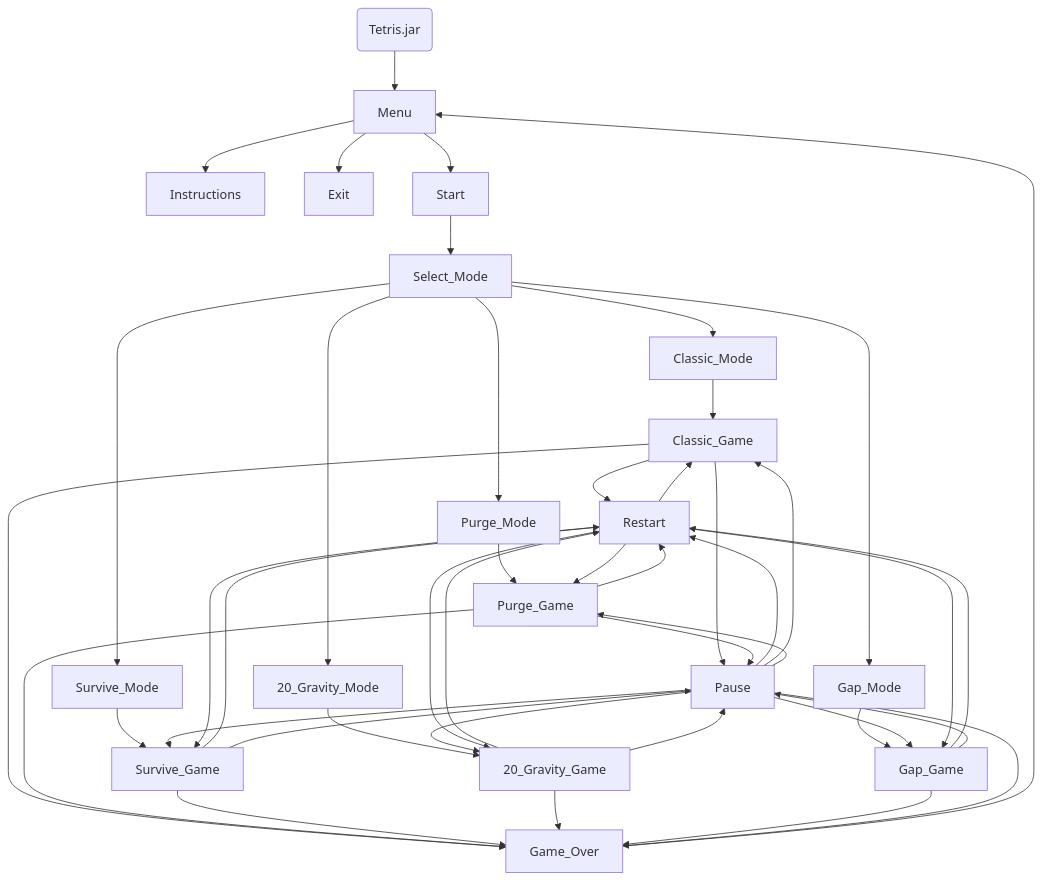
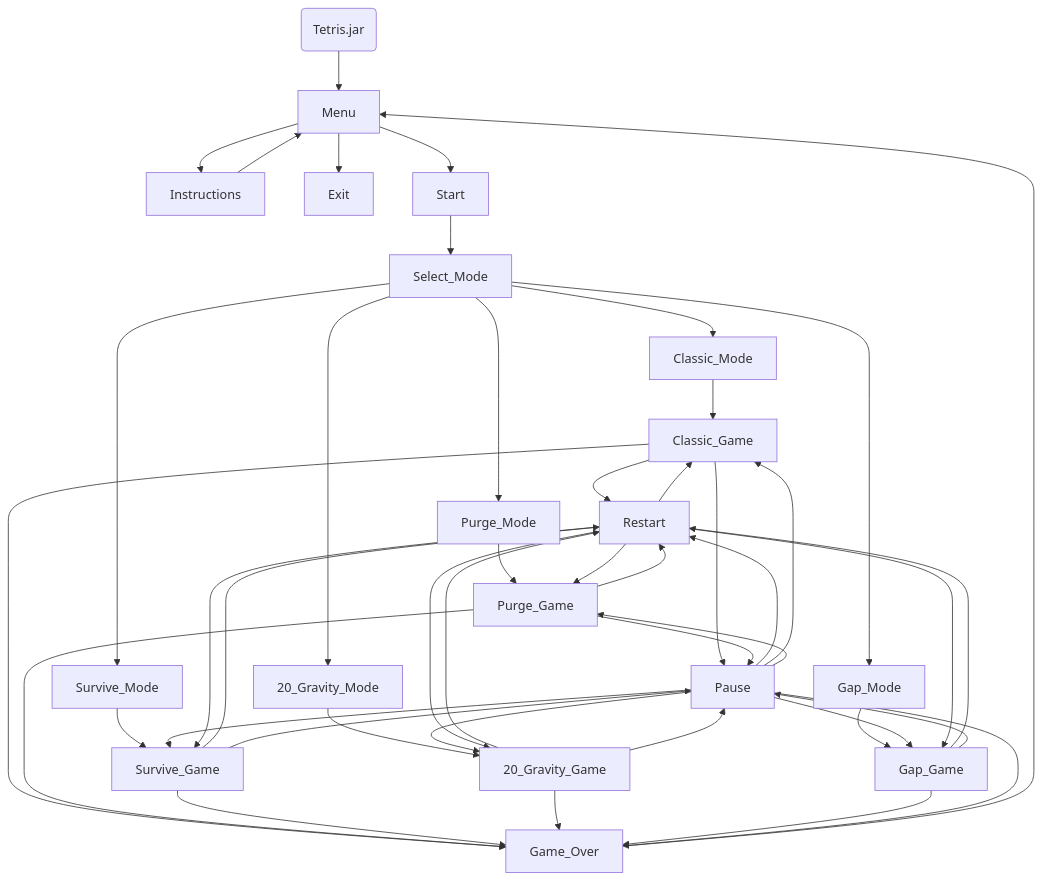
One commit to sheng-luen-chung/JAVA_11302_Project changed the second of 3 diagrams in README.md. Above: the diagram before and after it, drawn with Mermaid.

````diff
--- a/README.md
+++ b/README.md
@@ -534,55 +534,55 @@
 ```mermaid
     flowchart TD
     Execute(Tetris.jar)
     Execute --> Menu
     Menu --> Instructions
     Menu --> Exit
-
+    Instructions --> Menu
     Menu --> Start
 
     Start --> Select_Mode
 
     Select_Mode --> Classic_Mode
     Select_Mode --> Purge_Mode
     Select_Mode --> Survive_Mode
     Select_Mode --> 20_Gravity_Mode
     Select_Mode --> Gap_Mode
 
     Classic_Mode --> Classic_Game
     Purge_Mode --> Purge_Game
     Survive_Mode --> Survive_Game
     20_Gravity_Mode --> 20_Gravity_Game
     Gap_Mode --> Gap_Game
 
     Classic_Game --> Game_Over
     Purge_Game --> Game_Over
     Survive_Game --> Game_Over
     20_Gravity_Game --> Game_Over
     Gap_Game --> Game_Over
     Classic_Game --> Restart
     Purge_Game --> Restart
     Survive_Game --> Restart
     20_Gravity_Game --> Restart
     Gap_Game --> Restart
     Classic_Game --> Pause
     Purge_Game --> Pause
     Survive_Game --> Pause
     20_Gravity_Game --> Pause
     Gap_Game --> Pause
 
     Pause --> Game_Over
     Pause --> Restart
     Pause --> Classic_Game 
     Pause --> Purge_Game
     Pause --> Survive_Game
     Pause --> 20_Gravity_Game
     Pause --> Gap_Game 
 
     Game_Over --> Menu
 
     Restart --> Classic_Game 
     Restart --> Purge_Game
     Restart --> Survive_Game
     Restart --> 20_Gravity_Game
     Restart --> Gap_Game
 ```
````
